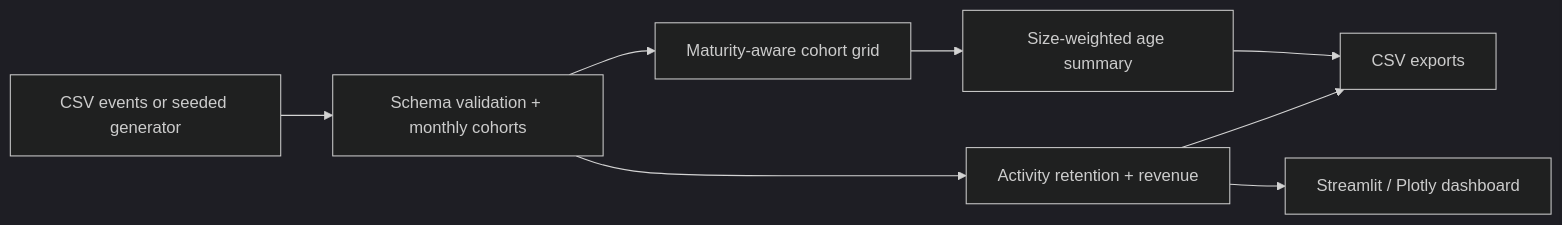
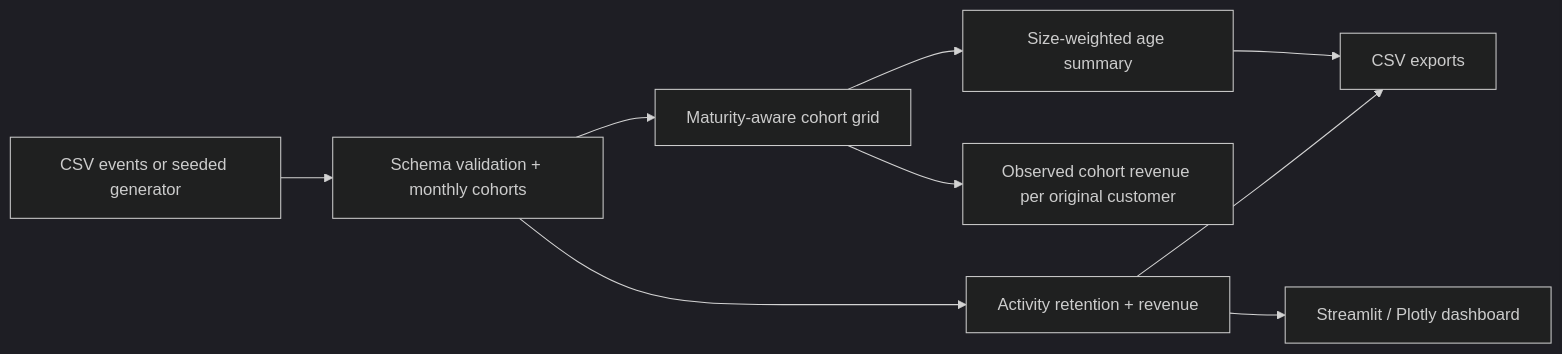
One commit to nazirreally/cohort-retention-lab changed the diagram in README.md. Above: the diagram before and after it, drawn with Mermaid (dark theme). The commit also changed other lines of this file, not shown here.

Commit message:
docs: explain observed cohort revenue API and verification limits

````diff
--- a/README.md
+++ b/README.md
@@ -15,10 +15,11 @@
 ```mermaid
 flowchart LR
     A[CSV events or seeded generator] --> B[Schema validation + monthly cohorts]
     B --> C[Activity retention + revenue]
     B --> D[Maturity-aware cohort grid]
+    D --> H[Observed cohort revenue per original customer]
     D --> E[Size-weighted age summary]
     C --> F[CSV exports]
     E --> F
     C --> G[Streamlit / Plotly dashboard]
 ```
````
